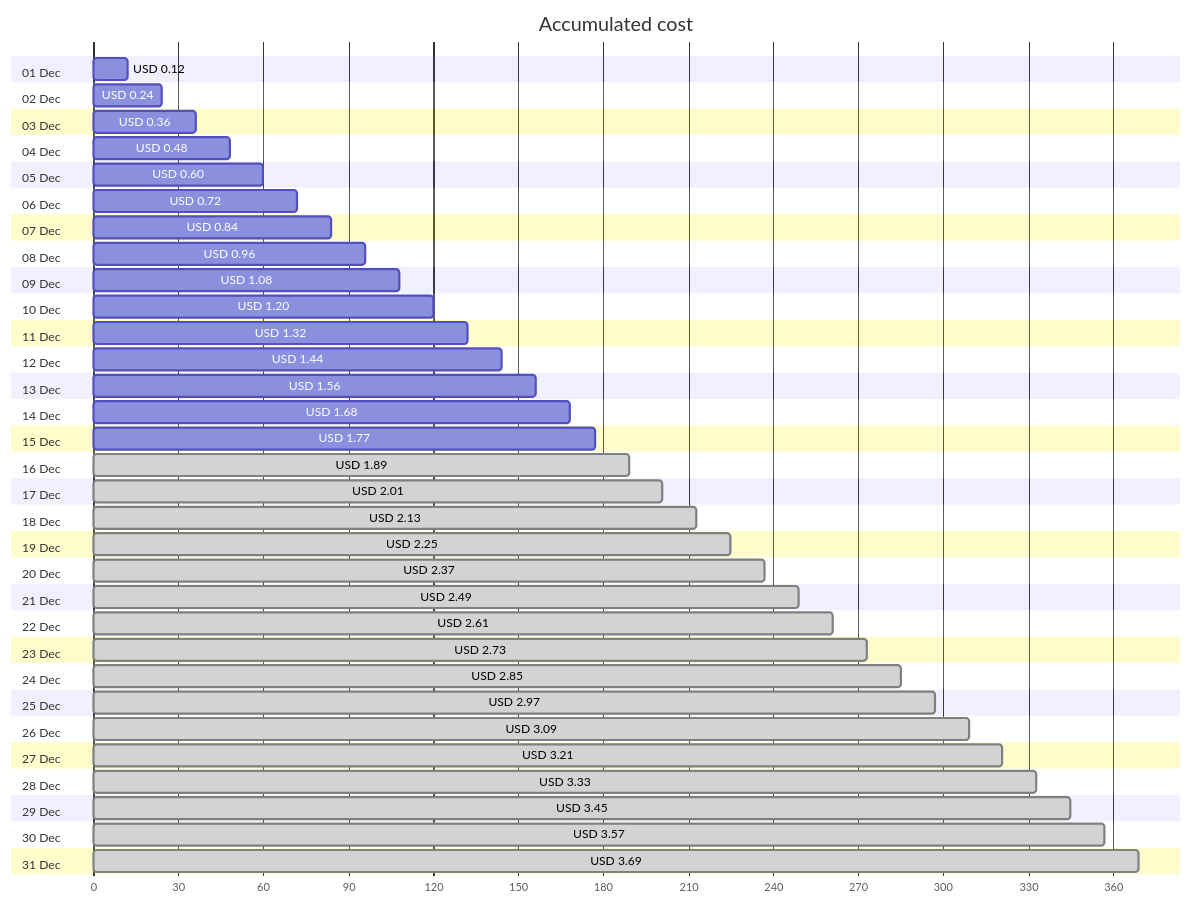
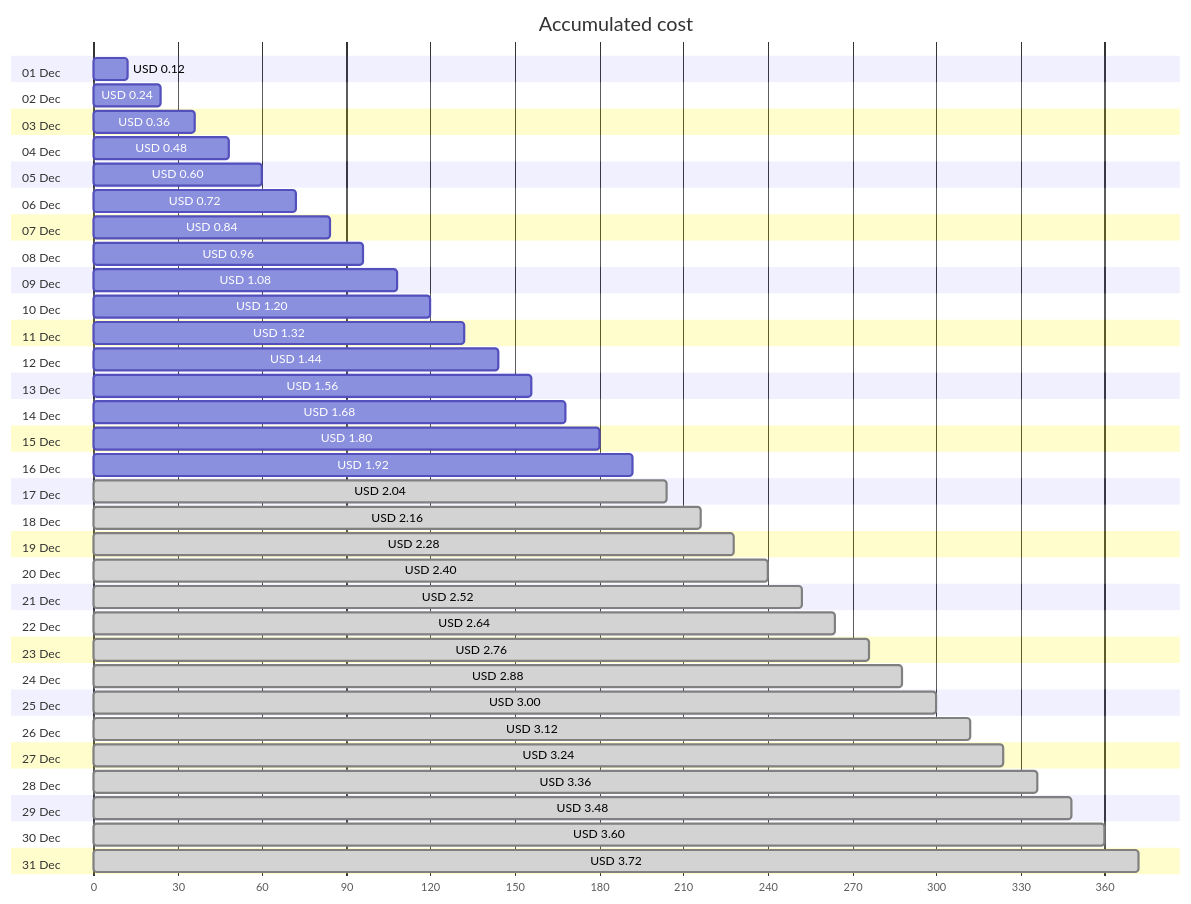
One commit to jpfulton/azure-personal-reports changed the first of 4 diagrams in cost-reports/personal-network/backup-server-public-ip.md. Above: the diagram before and after it, drawn with Mermaid. The commit also changed other lines of this file and 8 other files, not shown here.

````diff
--- a/cost-reports/personal-network/backup-server-public-ip.md
+++ b/cost-reports/personal-network/backup-server-public-ip.md
@@ -20,68 +20,68 @@
 ```mermaid
 gantt
    title Accumulated cost
    dateFormat  X
    axisFormat %s
    section 01 Dec
    USD 0.12 :0, 12
    section 02 Dec
    USD 0.24 :0, 24
    section 03 Dec
    USD 0.36 :0, 36
    section 04 Dec
    USD 0.48 :0, 48
    section 05 Dec
    USD 0.60 :0, 60
    section 06 Dec
    USD 0.72 :0, 72
    section 07 Dec
    USD 0.84 :0, 84
    section 08 Dec
    USD 0.96 :0, 96
    section 09 Dec
    USD 1.08 :0, 108
    section 10 Dec
    USD 1.20 :0, 120
    section 11 Dec
    USD 1.32 :0, 132
    section 12 Dec
    USD 1.44 :0, 144
    section 13 Dec
    USD 1.56 :0, 156
    section 14 Dec
    USD 1.68 :0, 168
    section 15 Dec
-   USD 1.77 :0, 177
+   USD 1.80 :0, 180
    section 16 Dec
-   USD 1.89 : done, 0, 189
+   USD 1.92 :0, 192
    section 17 Dec
-   USD 2.01 : done, 0, 201
+   USD 2.04 : done, 0, 204
    section 18 Dec
-   USD 2.13 : done, 0, 213
+   USD 2.16 : done, 0, 216
    section 19 Dec
-   USD 2.25 : done, 0, 225
+   USD 2.28 : done, 0, 228
    section 20 Dec
-   USD 2.37 : done, 0, 237
+   USD 2.40 : done, 0, 240
    section 21 Dec
-   USD 2.49 : done, 0, 249
+   USD 2.52 : done, 0, 252
    section 22 Dec
-   USD 2.61 : done, 0, 261
+   USD 2.64 : done, 0, 264
    section 23 Dec
-   USD 2.73 : done, 0, 273
+   USD 2.76 : done, 0, 276
    section 24 Dec
-   USD 2.85 : done, 0, 285
+   USD 2.88 : done, 0, 288
    section 25 Dec
-   USD 2.97 : done, 0, 297
+   USD 3.00 : done, 0, 300
    section 26 Dec
-   USD 3.09 : done, 0, 309
+   USD 3.12 : done, 0, 312
    section 27 Dec
-   USD 3.21 : done, 0, 321
+   USD 3.24 : done, 0, 324
    section 28 Dec
-   USD 3.33 : done, 0, 333
+   USD 3.36 : done, 0, 336
    section 29 Dec
-   USD 3.45 : done, 0, 345
+   USD 3.48 : done, 0, 348
    section 30 Dec
-   USD 3.57 : done, 0, 357
+   USD 3.60 : done, 0, 360
    section 31 Dec
-   USD 3.69 : done, 0, 369
+   USD 3.72 : done, 0, 372
 ```
````
